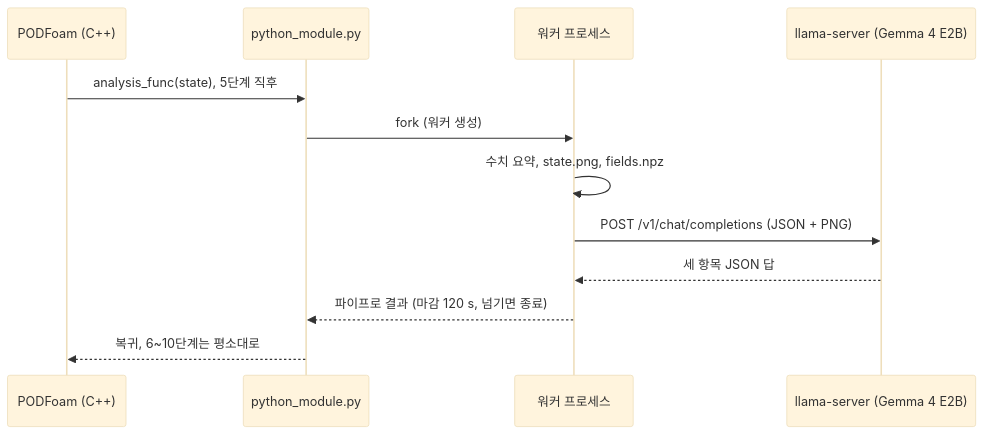
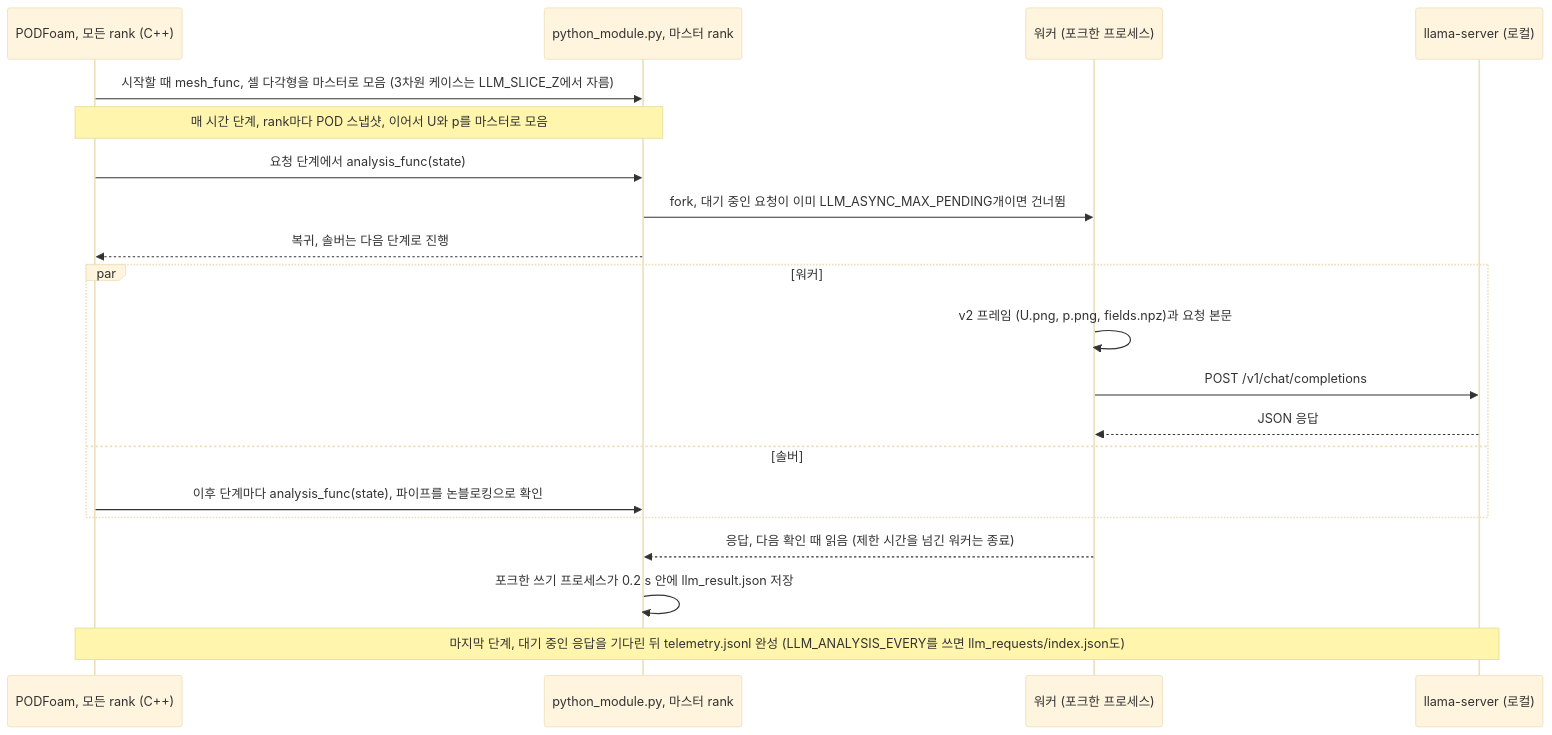
One commit to seungminyome/PythonFOAM-Korean changed the diagram in README.md. Above: the diagram before and after it, drawn with Mermaid (base theme). The commit also changed other lines of this file and 25 other files, not shown here.

````diff
--- a/README.md
+++ b/README.md
@@ -58,14 +68,22 @@
 ```mermaid
 sequenceDiagram
-    participant S as PODFoam (C++)
-    participant P as python_module.py
-    participant W as 워커 프로세스
-    participant L as llama-server (Gemma 4 E2B)
-    S->>P: analysis_func(state), 5단계 직후
-    P->>W: fork (워커 생성)
-    W->>W: 수치 요약, state.png, fields.npz
-    W->>L: POST /v1/chat/completions (JSON + PNG)
-    L-->>W: 세 항목 JSON 답
-    W-->>P: 파이프로 결과 (마감 120 s, 넘기면 종료)
-    P-->>S: 복귀, 6~10단계는 평소대로
+    participant S as PODFoam, 모든 rank (C++)
+    participant P as python_module.py, 마스터 rank
+    participant W as 워커 (포크한 프로세스)
+    participant L as llama-server (로컬)
+    S->>P: 시작할 때 mesh_func, 셀 다각형을 마스터로 모음 (3차원 케이스는 LLM_SLICE_Z에서 자름)
+    Note over S,P: 매 시간 단계, rank마다 POD 스냅샷, 이어서 U와 p를 마스터로 모음
+    S->>P: 요청 단계에서 analysis_func(state)
+    P->>W: fork, 대기 중인 요청이 이미 LLM_ASYNC_MAX_PENDING개이면 건너뜀
+    P-->>S: 복귀, 솔버는 다음 단계로 진행
+    par 워커
+        W->>W: v2 프레임 (U.png, p.png, fields.npz)과 요청 본문
+        W->>L: POST /v1/chat/completions
+        L-->>W: JSON 응답
+    and 솔버
+        S->>P: 이후 단계마다 analysis_func(state), 파이프를 논블로킹으로 확인
+    end
+    W-->>P: 응답, 다음 확인 때 읽음 (제한 시간을 넘긴 워커는 종료)
+    P->>P: 포크한 쓰기 프로세스가 0.2 s 안에 llm_result.json 저장
+    Note over S,L: 마지막 단계, 대기 중인 응답을 기다린 뒤 telemetry.jsonl 완성 (LLM_ANALYSIS_EVERY를 쓰면 llm_requests/index.json도)
 ```
````
